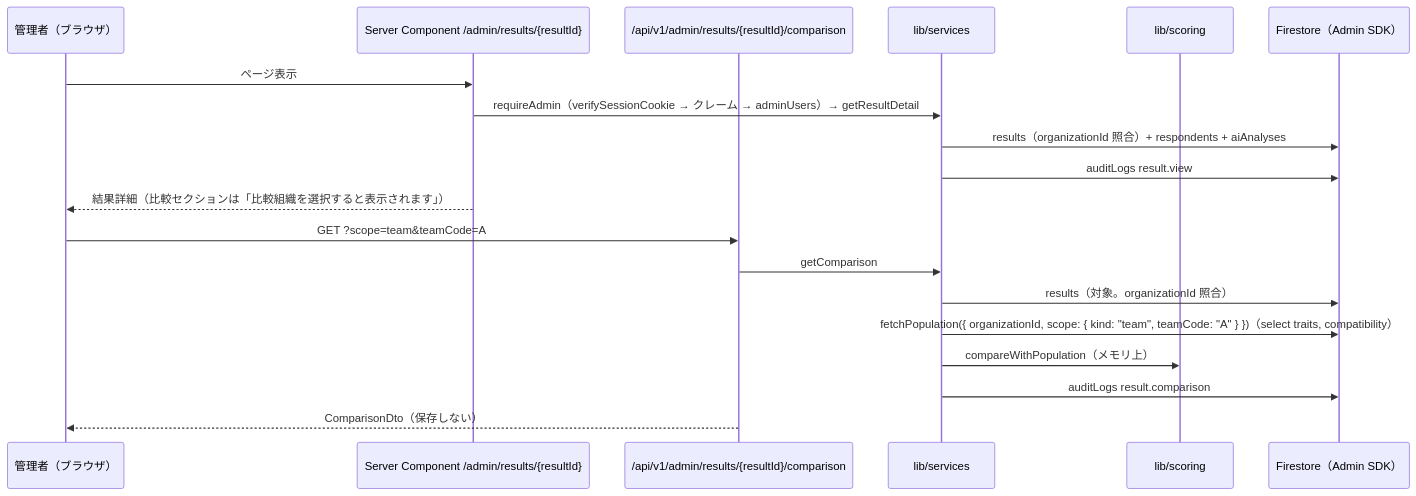
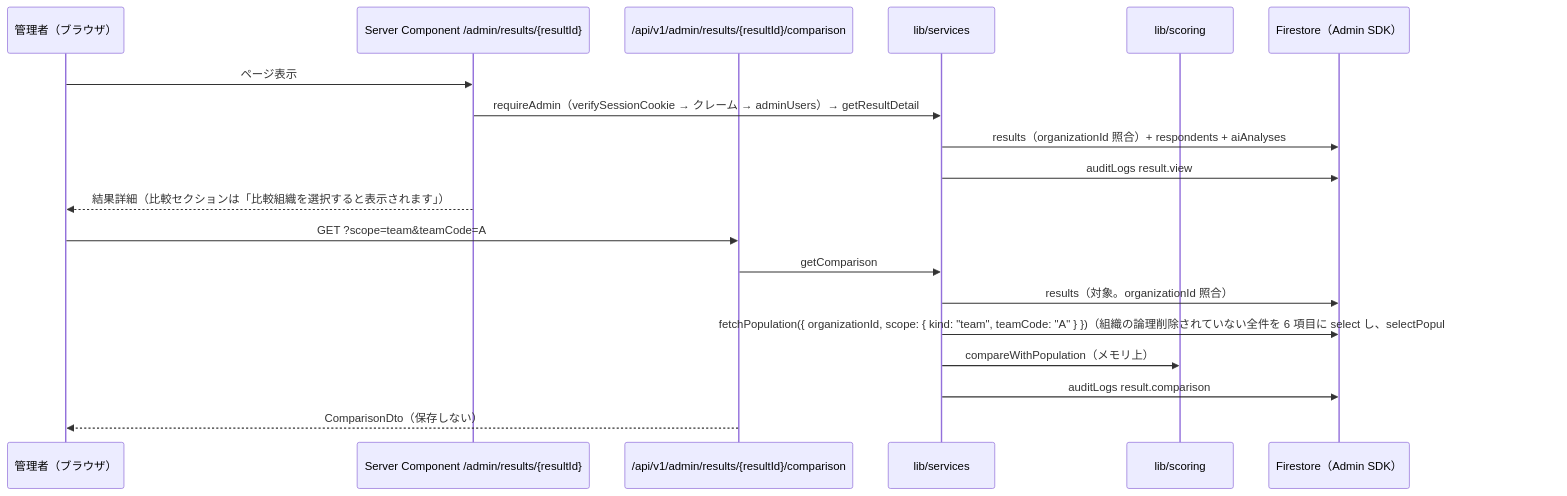
Before and after one commit to tanukichiyamaguchi/Tekisei-Kensa: the fifth of 7 diagrams in docs/基本設計/04_API設計.md, drawn with Mermaid. The commit also changed other lines of this file and 42 other files, not shown here.

````diff
--- a/docs/基本設計/04_API設計.md
+++ b/docs/基本設計/04_API設計.md
@@ -2605,21 +2616,21 @@
 ```mermaid
 sequenceDiagram
     participant A as 管理者（ブラウザ）
     participant SC as Server Component /admin/results/{resultId}
     participant API as /api/v1/admin/results/{resultId}/comparison
     participant S as lib/services
     participant SCO as lib/scoring
     participant DB as Firestore（Admin SDK）
     A->>SC: ページ表示
     SC->>S: requireAdmin（verifySessionCookie → クレーム → adminUsers）→ getResultDetail
     S->>DB: results（organizationId 照合）+ respondents + aiAnalyses
     S->>DB: auditLogs result.view
     SC-->>A: 結果詳細（比較セクションは「比較組織を選択すると表示されます」）
     A->>API: GET ?scope=team&teamCode=A
     API->>S: getComparison
     S->>DB: results（対象。organizationId 照合）
-    S->>DB: fetchPopulation({ organizationId, scope: { kind: "team", teamCode: "A" } })（select traits, compatibility）
+    S->>DB: fetchPopulation({ organizationId, scope: { kind: "team", teamCode: "A" } })（組織の論理削除されていない全件を 6 項目に select し、selectPopulation で絞る。2.4 版）
     S->>SCO: compareWithPopulation（メモリ上）
     S->>DB: auditLogs result.comparison
     API-->>A: ComparisonDto（保存しない）
 ```
````
